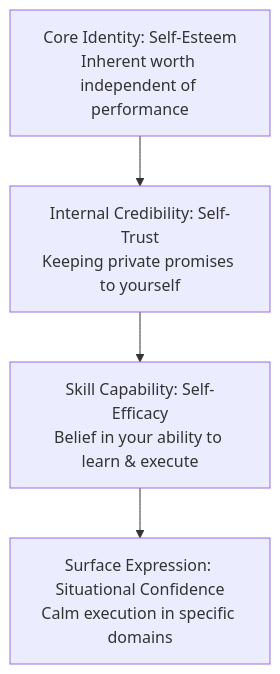
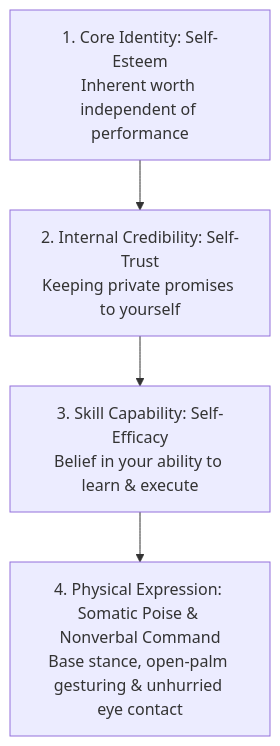
The first of 5 diagrams in knowledge-tree/nodes/chapter-08-the-architecture-of-true-confidence.md (vs00918/aravalli), drawn with Mermaid before and after one commit. The commit also changed other lines of this file and 8 other files, not shown here.

Commit message:
feat(banking-ca): deploy golden magazine architecture with p1 comprehension layer

````diff
--- a/knowledge-tree/nodes/chapter-08-the-architecture-of-true-confidence.md
+++ b/knowledge-tree/nodes/chapter-08-the-architecture-of-true-confidence.md
@@ -17,6 +17,7 @@
 ```mermaid
 graph TD
-    A[Core Identity: Self-Esteem<br>Inherent worth independent of performance] --> B[Internal Credibility: Self-Trust<br>Keeping private promises to yourself]
-    B --> C[Skill Capability: Self-Efficacy<br>Belief in your ability to learn & execute]
-    C --> D[Surface Expression: Situational Confidence<br>Calm execution in specific domains]
+    A[1. Core Identity: Self-Esteem<br>Inherent worth independent of performance]
+    --> B[2. Internal Credibility: Self-Trust<br>Keeping private promises to yourself]
+    --> C[3. Skill Capability: Self-Efficacy<br>Belief in your ability to learn & execute]
+    --> D[4. Physical Expression: Somatic Poise & Nonverbal Command<br>Base stance, open-palm gesturing & unhurried eye contact]
 ```
````
